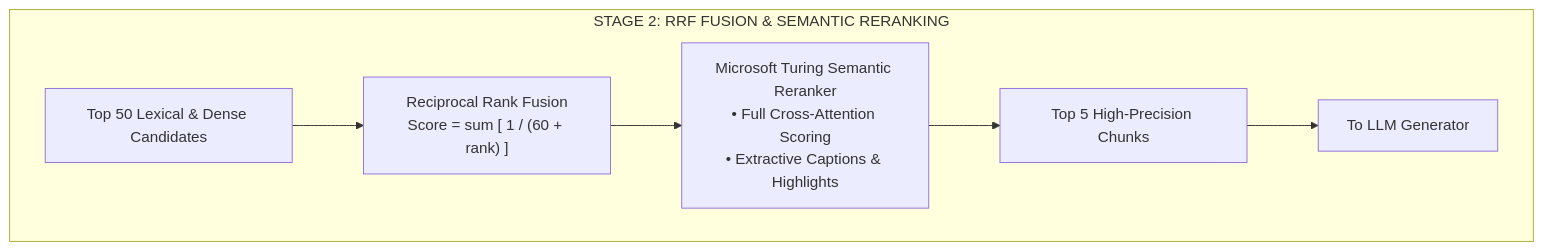
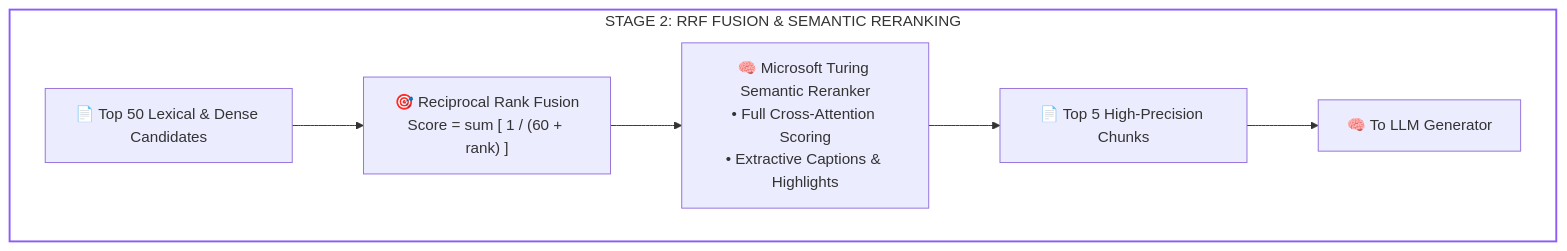
The second of 3 diagrams in 02-rag-and-knowledge-systems/reference/cloud-retrieval-architectures.md (dip4k/senior-engineer-to-ai-engineer-roadmap), drawn with Mermaid before and after one commit. The commit also changed other lines of this file and 39 other files, not shown here.

First line of the commit message:
feat(curriculum): upgrade mermaid diagrams with unicode icons & codify anti-bloat layout rules

````diff
--- a/02-rag-and-knowledge-systems/reference/cloud-retrieval-architectures.md
+++ b/02-rag-and-knowledge-systems/reference/cloud-retrieval-architectures.md
@@ -40,9 +41,10 @@
 ```mermaid
 flowchart TD
     subgraph Stage2["STAGE 2: RRF FUSION & SEMANTIC RERANKING"]
-        Top50["Top 50 Lexical & Dense Candidates"] --> RRF["Reciprocal Rank Fusion<br>Score = sum [ 1 / (60 + rank) ]"]
-        RRF --> Turing["Microsoft Turing Semantic Reranker<br>• Full Cross-Attention Scoring<br>• Extractive Captions & Highlights"]
-        Turing --> Top5["Top 5 High-Precision Chunks"]
-        Top5 --> LLM["To LLM Generator"]
+        Top50["📄 Top 50 Lexical & Dense Candidates"] --> RRF["🎯 Reciprocal Rank Fusion<br>Score = sum [ 1 / (60 + rank) ]"]
+        RRF --> Turing["🧠 Microsoft Turing Semantic Reranker<br>• Full Cross-Attention Scoring<br>• Extractive Captions & Highlights"]
+        Turing --> Top5["📄 Top 5 High-Precision Chunks"]
+        Top5 --> LLM["🧠 To LLM Generator"]
     end
+    style Stage2 fill:none,stroke:#8b5cf6,stroke-width:2px;
 ```
````
